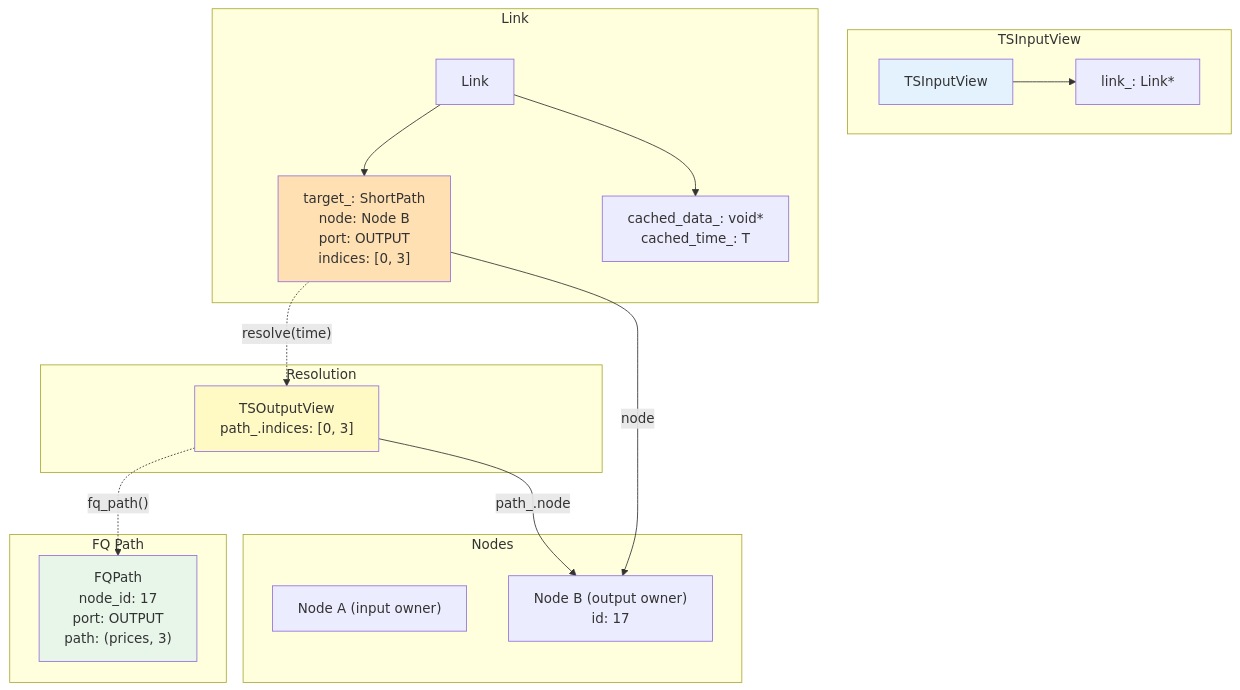
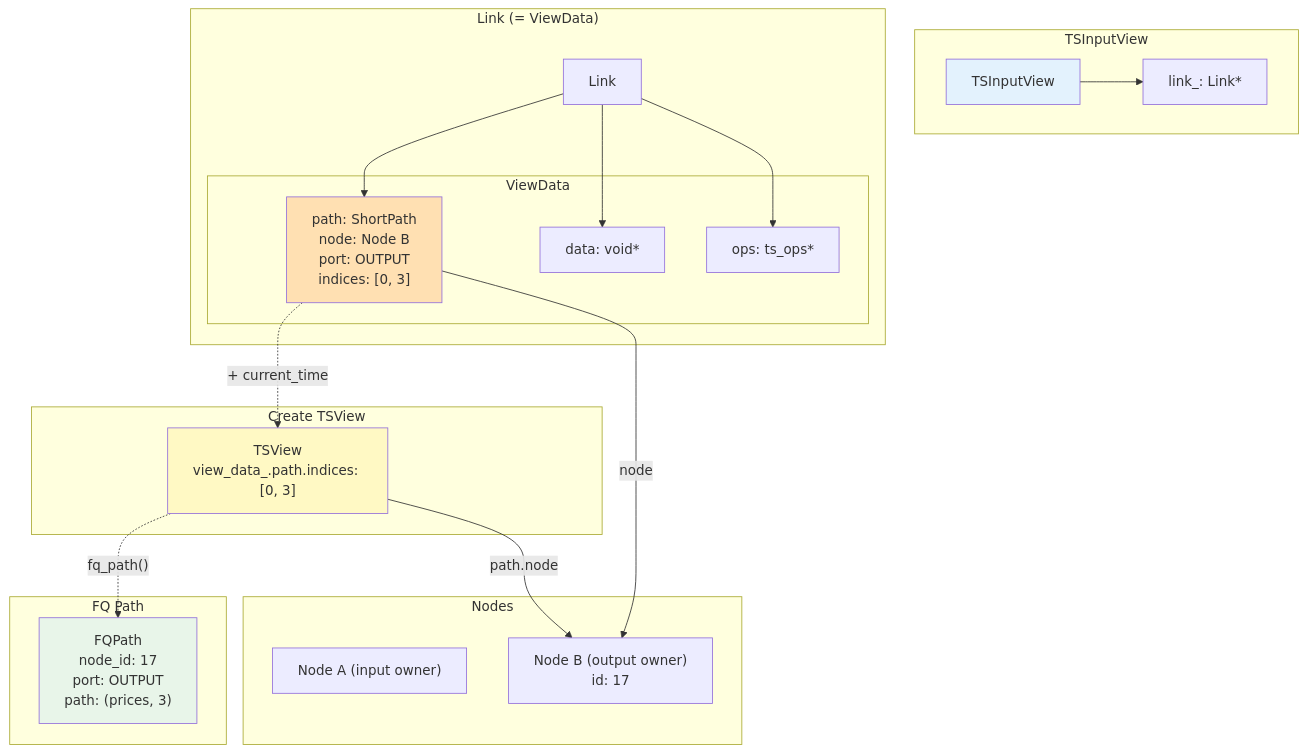
The eighth of 8 diagrams in ts_value_v2601/user_guide/05_TSOUTPUT_TSINPUT.md (hhenson/hgraph), drawn with Mermaid before and after one commit. The commit also changed other lines of this file and 3 other files, not shown here.

````diff
--- a/ts_value_v2601/user_guide/05_TSOUTPUT_TSINPUT.md
+++ b/ts_value_v2601/user_guide/05_TSOUTPUT_TSINPUT.md
@@ -1181,35 +1289,41 @@
 ```mermaid
 flowchart TB
     subgraph "TSInputView"
         IV["TSInputView"]
         LINK["link_: Link*"]
         IV --> LINK
     end
 
-    subgraph "Link"
+    subgraph "Link (= ViewData)"
         L["Link"]
-        L --> SP["target_: ShortPath<br/>node: Node B<br/>port: OUTPUT<br/>indices: [0, 3]"]
-        L --> CACHE["cached_data_: void*<br/>cached_time_: T"]
+        subgraph "ViewData"
+            VD_SP["path: ShortPath<br/>node: Node B<br/>port: OUTPUT<br/>indices: [0, 3]"]
+            VD_DATA["data: void*"]
+            VD_OPS["ops: ts_ops*"]
+        end
+        L --> VD_SP
+        L --> VD_DATA
+        L --> VD_OPS
     end
 
-    subgraph "Resolution"
-        SP -.-> |"resolve(time)"| OV["TSOutputView<br/>path_.indices: [0, 3]"]
+    subgraph "Create TSView"
+        VD_SP -.-> |"+ current_time"| TSV["TSView<br/>view_data_.path.indices: [0, 3]"]
     end
 
     subgraph "Nodes"
         NA["Node A (input owner)"]
         NB["Node B (output owner)<br/>id: 17"]
     end
 
-    SP --> |"node"| NB
-    OV --> |"path_.node"| NB
+    VD_SP --> |"node"| NB
+    TSV --> |"path.node"| NB
 
     subgraph "FQ Path"
-        OV -.-> |"fq_path()"| FQ["FQPath<br/>node_id: 17<br/>port: OUTPUT<br/>path: (prices, 3)"]
+        TSV -.-> |"fq_path()"| FQ["FQPath<br/>node_id: 17<br/>port: OUTPUT<br/>path: (prices, 3)"]
     end
 
     style IV fill:#e3f2fd
-    style OV fill:#fff9c4
+    style TSV fill:#fff9c4
     style FQ fill:#e8f5e9
-    style SP fill:#ffe0b2
+    style VD_SP fill:#ffe0b2
 ```
````
